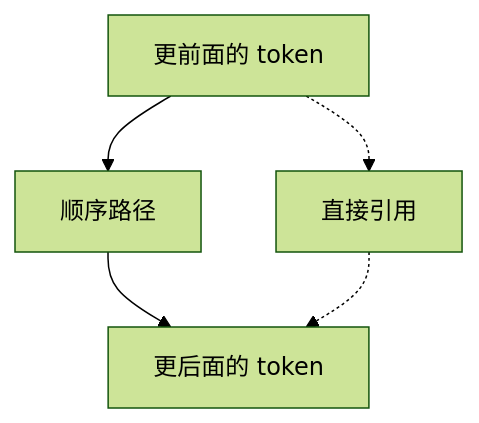
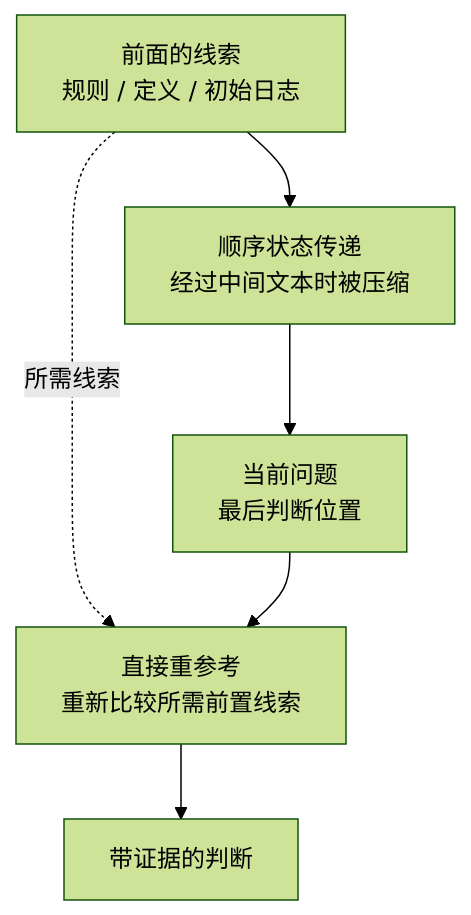
Before and after one commit to devchan64/AiBook: the diagram in docs/assets/part-05/chapter-14/long-context-direct-reference-zh.mmd, drawn with Mermaid (forest theme). The commit also changed 71 other files, not shown here.

Commit message:
Revise part 5 transformer and translation flow

```diff
--- a/docs/assets/part-05/chapter-14/long-context-direct-reference-zh.mmd
+++ b/docs/assets/part-05/chapter-14/long-context-direct-reference-zh.mmd
@@ -1,10 +1,12 @@
 flowchart TD
-  A["更前面的 token"]
-  B["顺序路径"]
-  C["更后面的 token"]
-  D["直接引用"]
+  A["前面的线索<br/>规则 / 定义 / 初始日志"]
+  B["顺序状态传递<br/>经过中间文本时被压缩"]
+  C["当前问题<br/>最后判断位置"]
+  D["直接重参考<br/>重新比较所需前置线索"]
+  E["带证据的判断"]
 
   A --> B
   B --> C
-  A -.-> D
-  D -.-> C
+  A -. "所需线索" .-> D
+  C --> D
+  D --> E
```
